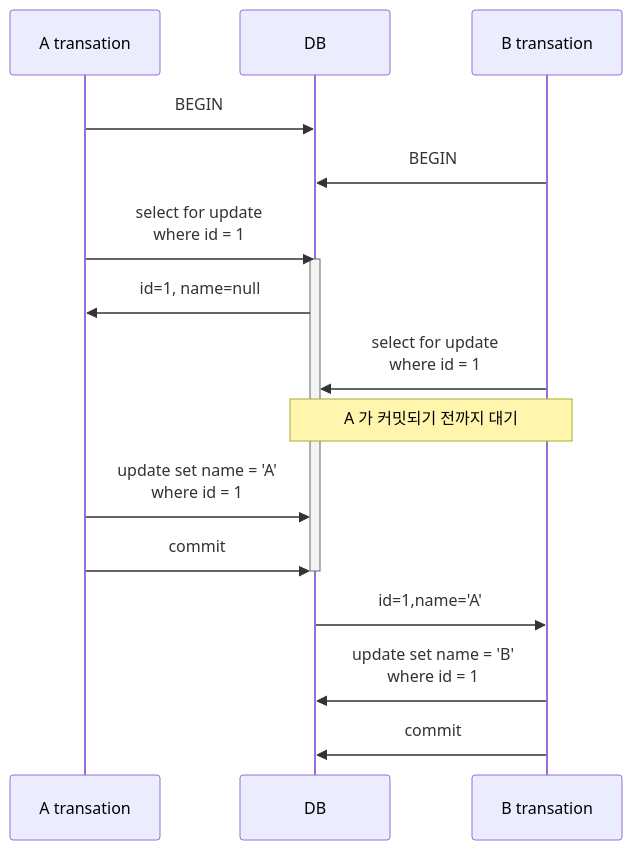
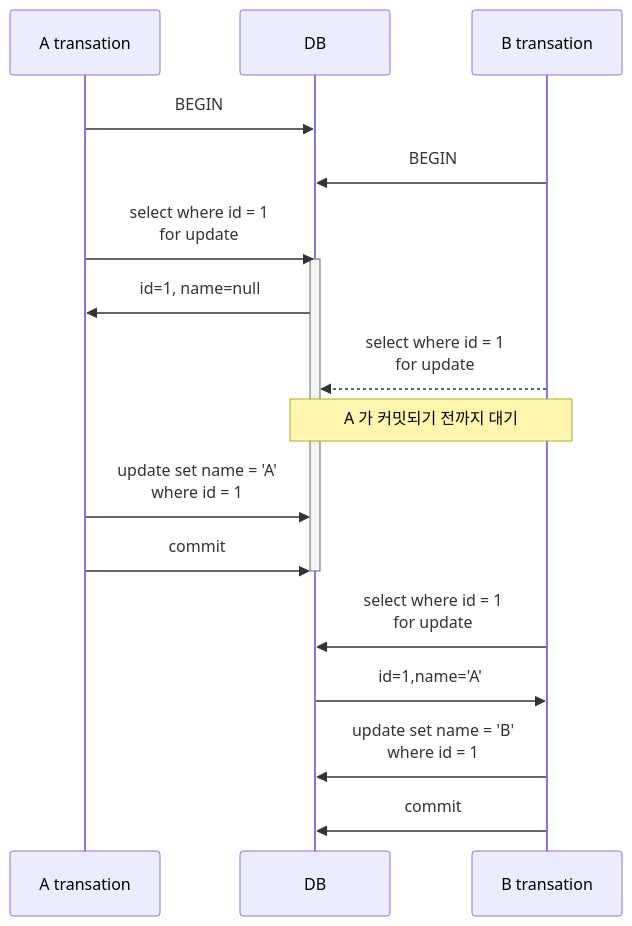
One commit to songkg7/haril-vault changed the fourth of 4 diagrams in ready/select for update in PostgreSQL.md. Above: the diagram before and after it, drawn with Mermaid. The commit also changed other lines of this file and 1 other file, not shown here.

````diff
--- a/ready/select for update in PostgreSQL.md
+++ b/ready/select for update in PostgreSQL.md
@@ -130,19 +147,20 @@
 ```mermaid
 sequenceDiagram
     participant A as A transation
     participant DB
     participant B as B transation
     A->>DB: BEGIN
     B->>DB: BEGIN
-    A->>DB: select for update<br/>where id = 1
+    A->>DB: select where id = 1<br/>for update
     activate DB
     DB->>A: id=1, name=null
-    B->>DB: select for update<br/>where id = 1
+    B-->>DB: select where id = 1<br/>for update
     Note over B,DB: A 가 커밋되기 전까지 대기
     A->>DB: update set name = 'A'<br/>where id = 1
     A->>DB: commit
     deactivate DB
+    B->>DB: select where id = 1<br/>for update
     DB->>B: id=1,name='A'
     B->>DB: update set name = 'B'<br/>where id = 1
     B->>DB: commit
 ```
````
